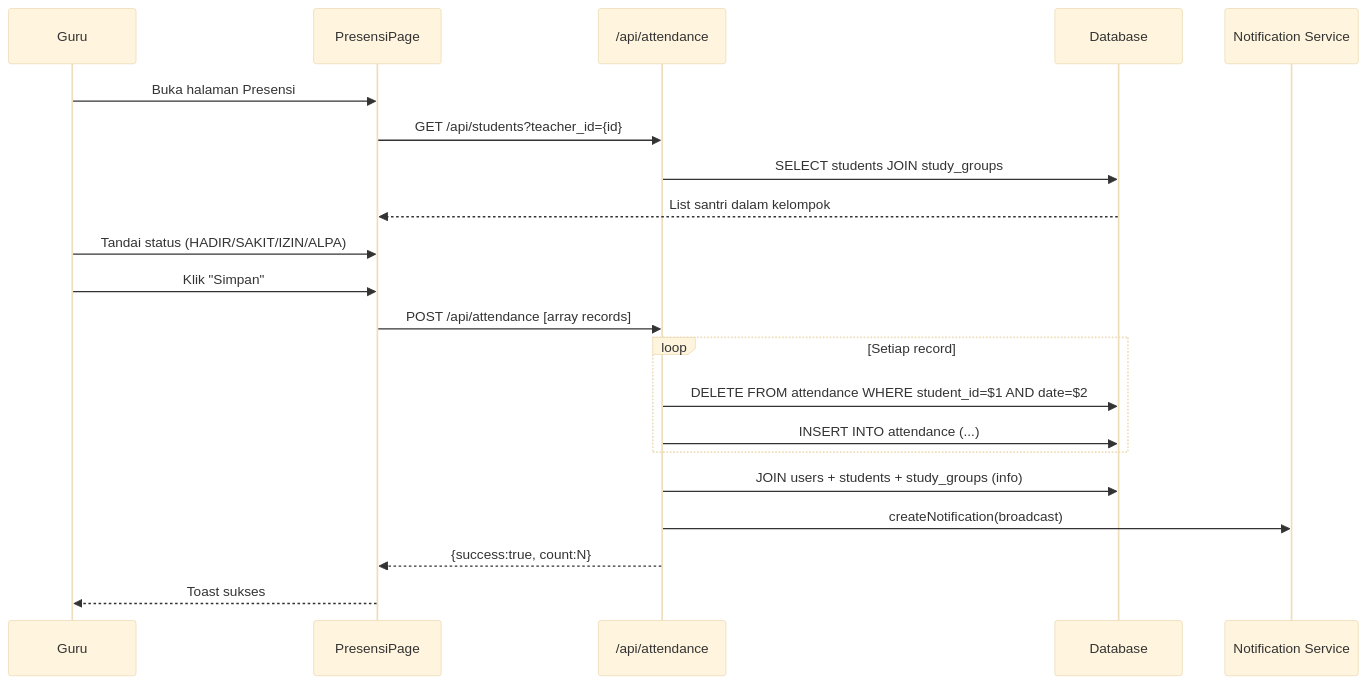
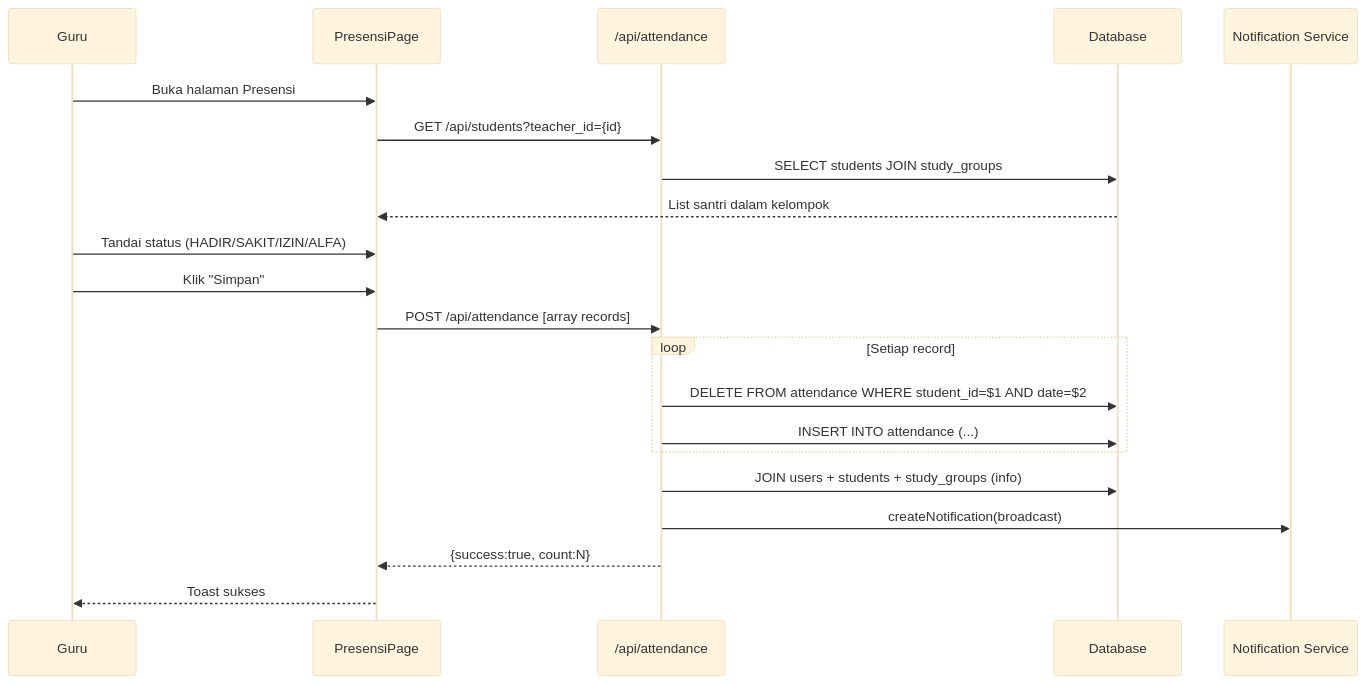
One commit to Gemasyaputra/MDA-mengaji changed the fourth of 5 diagrams in docs/BAB_III_Analisis_Sistem.md. Above: the diagram before and after it, drawn with Mermaid (base theme). The commit also changed other lines of this file and 22 other files, not shown here.

````diff
--- a/docs/BAB_III_Analisis_Sistem.md
+++ b/docs/BAB_III_Analisis_Sistem.md
@@ -516,24 +516,24 @@
 ```mermaid
 sequenceDiagram
     participant G as Guru
     participant P as PresensiPage
     participant API as /api/attendance
     participant DB as Database
     participant Notif as Notification Service
 
     G->>P: Buka halaman Presensi
     P->>API: GET /api/students?teacher_id={id}
     API->>DB: SELECT students JOIN study_groups
     DB-->>P: List santri dalam kelompok
-    G->>P: Tandai status (HADIR/SAKIT/IZIN/ALPA)
+    G->>P: Tandai status (HADIR/SAKIT/IZIN/ALFA)
     G->>P: Klik "Simpan"
     P->>API: POST /api/attendance [array records]
     loop Setiap record
         API->>DB: DELETE FROM attendance WHERE student_id=$1 AND date=$2
         API->>DB: INSERT INTO attendance (...)
     end
     API->>DB: JOIN users + students + study_groups (info)
     API->>Notif: createNotification(broadcast)
     API-->>P: {success:true, count:N}
     P-->>G: Toast sukses
 ```
````
